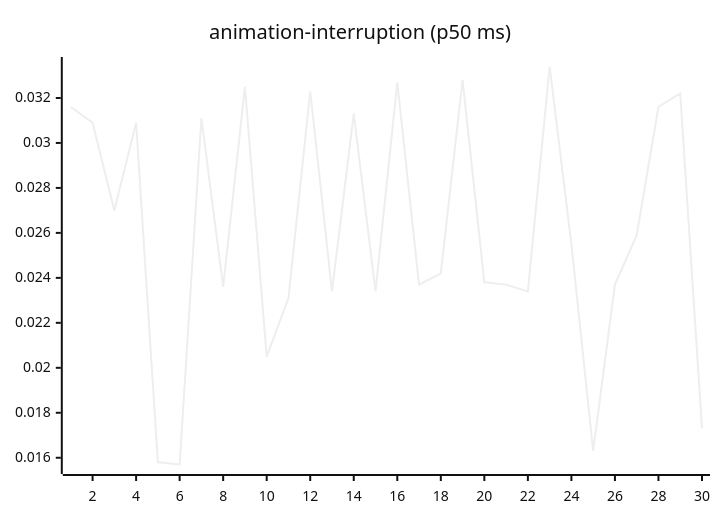
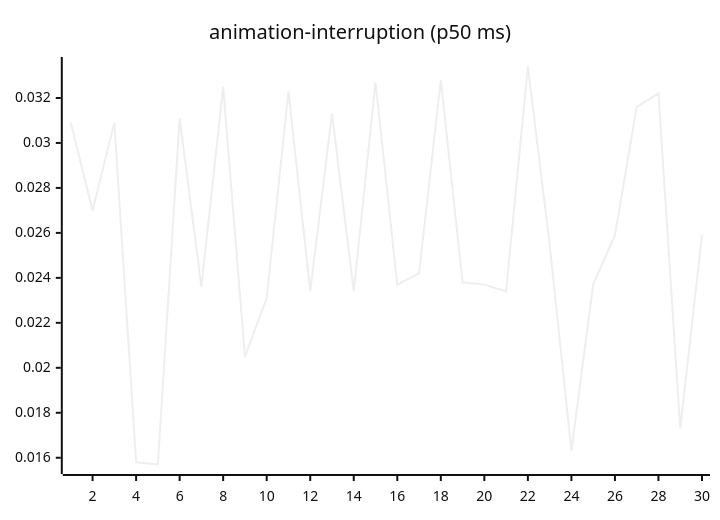
Before and after one commit to josha/Facet: the third of 27 diagrams in README.md, drawn with Mermaid (neutral theme). The commit also changed other lines of this file and 2 other files, not shown here.

````diff
--- a/README.md
+++ b/README.md
@@ -77,6 +77,6 @@
 ```mermaid
 xychart-beta
     title "animation-interruption (p50 ms)"
     x-axis 1 --> 30
-    line [0.0316, 0.0309, 0.0270, 0.0309, 0.0158, 0.0157, 0.0311, 0.0236, 0.0325, 0.0205, 0.0231, 0.0323, 0.0234, 0.0313, 0.0234, 0.0327, 0.0237, 0.0242, 0.0328, 0.0238, 0.0237, 0.0234, 0.0334, 0.0255, 0.0163, 0.0237, 0.0259, 0.0316, 0.0322, 0.0173]
+    line [0.0309, 0.0270, 0.0309, 0.0158, 0.0157, 0.0311, 0.0236, 0.0325, 0.0205, 0.0231, 0.0323, 0.0234, 0.0313, 0.0234, 0.0327, 0.0237, 0.0242, 0.0328, 0.0238, 0.0237, 0.0234, 0.0334, 0.0255, 0.0163, 0.0237, 0.0259, 0.0316, 0.0322, 0.0173, 0.0259]
 ```
````
